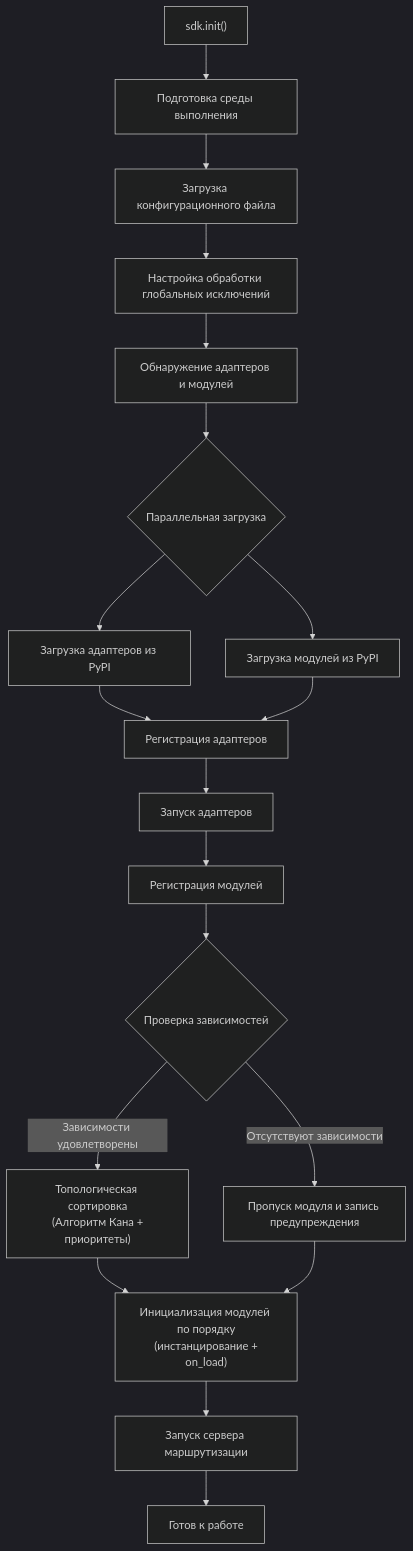
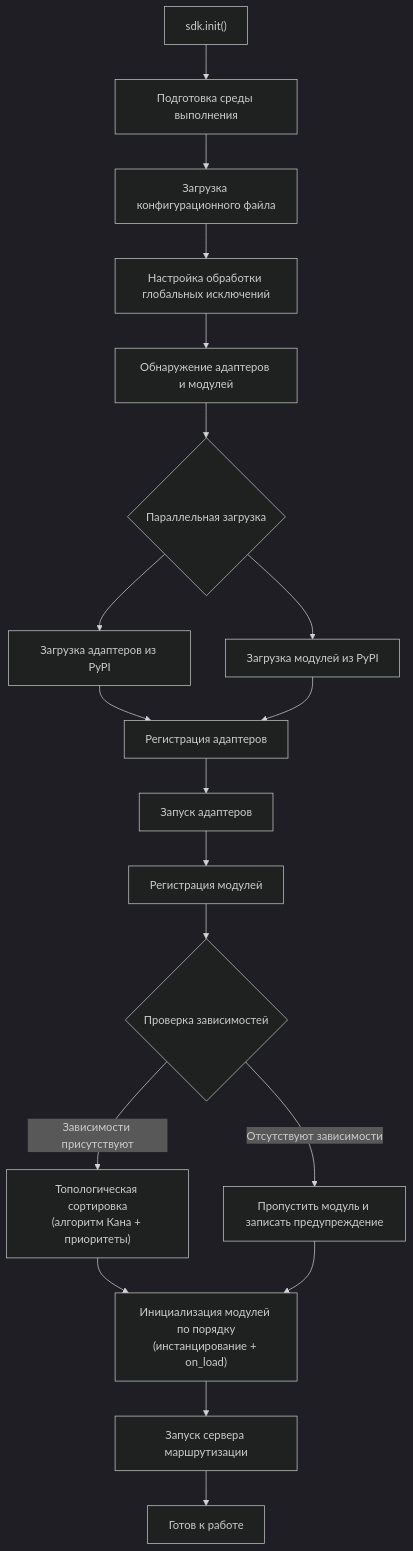
The second of 10 diagrams in docs/ru/architecture.md (ErisPulse/ErisPulse), drawn with Mermaid (dark theme) before and after one commit. The commit also changed other lines of this file and 828 other files, not shown here.

````diff
--- a/docs/ru/architecture.md
+++ b/docs/ru/architecture.md
@@ -58,20 +62,20 @@
 ```mermaid
 flowchart TD
     A["sdk.init()"] --> B["Подготовка среды выполнения"]
     B --> B1["Загрузка конфигурационного файла"]
     B1 --> B2["Настройка обработки глобальных исключений"]
     B2 --> C["Обнаружение адаптеров и модулей"]
     C --> D{"Параллельная загрузка"}
     D --> D1["Загрузка адаптеров из PyPI"]
     D --> D2["Загрузка модулей из PyPI"]
     D1 & D2 --> E["Регистрация адаптеров"]
     E --> E1["Запуск адаптеров"]
     E1 --> F["Регистрация модулей"]
     F --> F1{"Проверка зависимостей"}
-    F1 -->|"Отсутствуют зависимости"| F2["Пропуск модуля и запись предупреждения"]
-    F1 -->|"Зависимости удовлетворены"| F3["Топологическая сортировка<br/> (Алгоритм Кана + приоритеты)"]
-    F3 --> G["Инициализация модулей по порядку<br/> (инстанцирование + on_load)"]
+    F1 -->|"Отсутствуют зависимости"| F2["Пропустить модуль и записать предупреждение"]
+    F1 -->|"Зависимости присутствуют"| F3["Топологическая сортировка<br/>(алгоритм Кана + приоритеты)"]
+    F3 --> G["Инициализация модулей по порядку<br/>(инстанцирование + on_load)"]
     F2 --> G
     G --> H["Запуск сервера маршрутизации"]
     H --> K["Готов к работе"]
 ```
````
